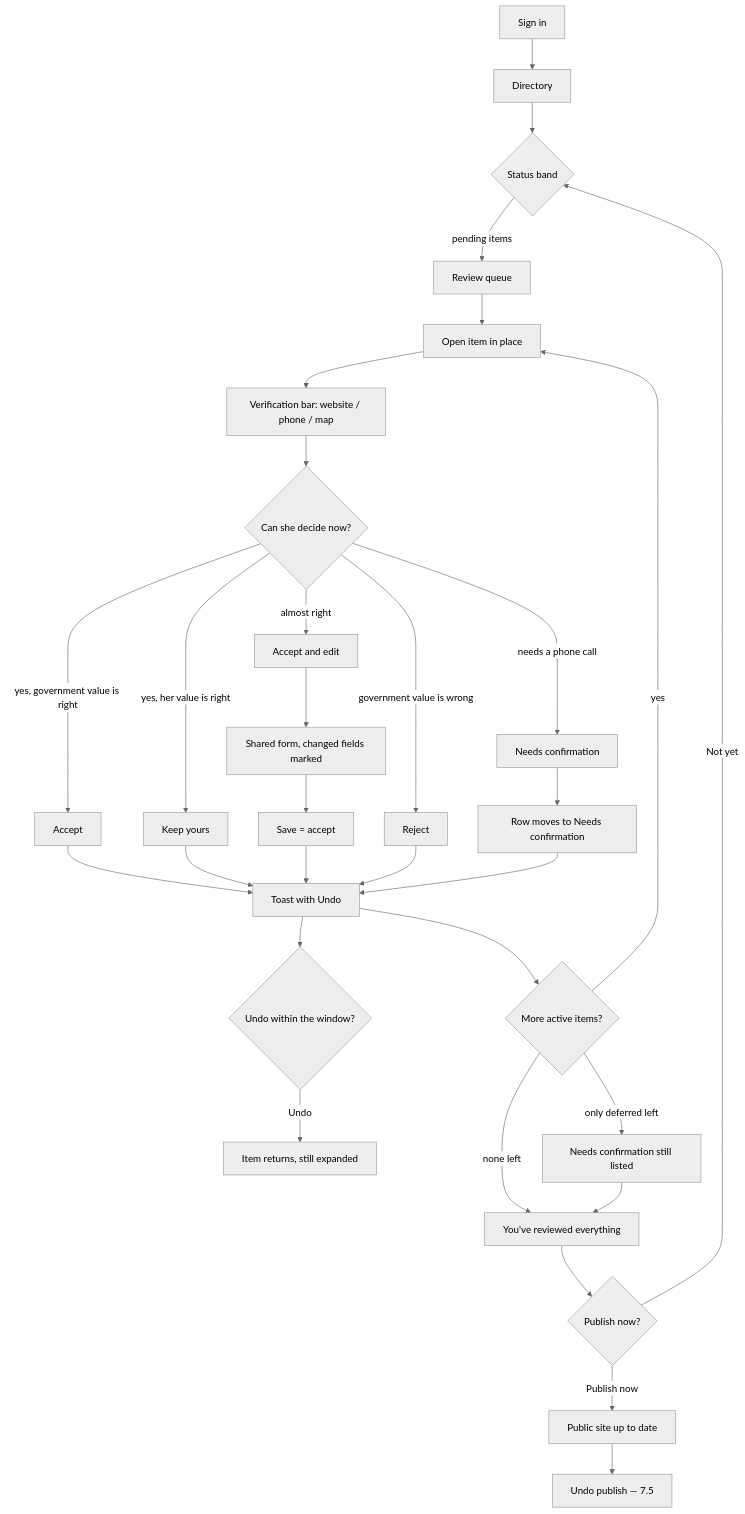
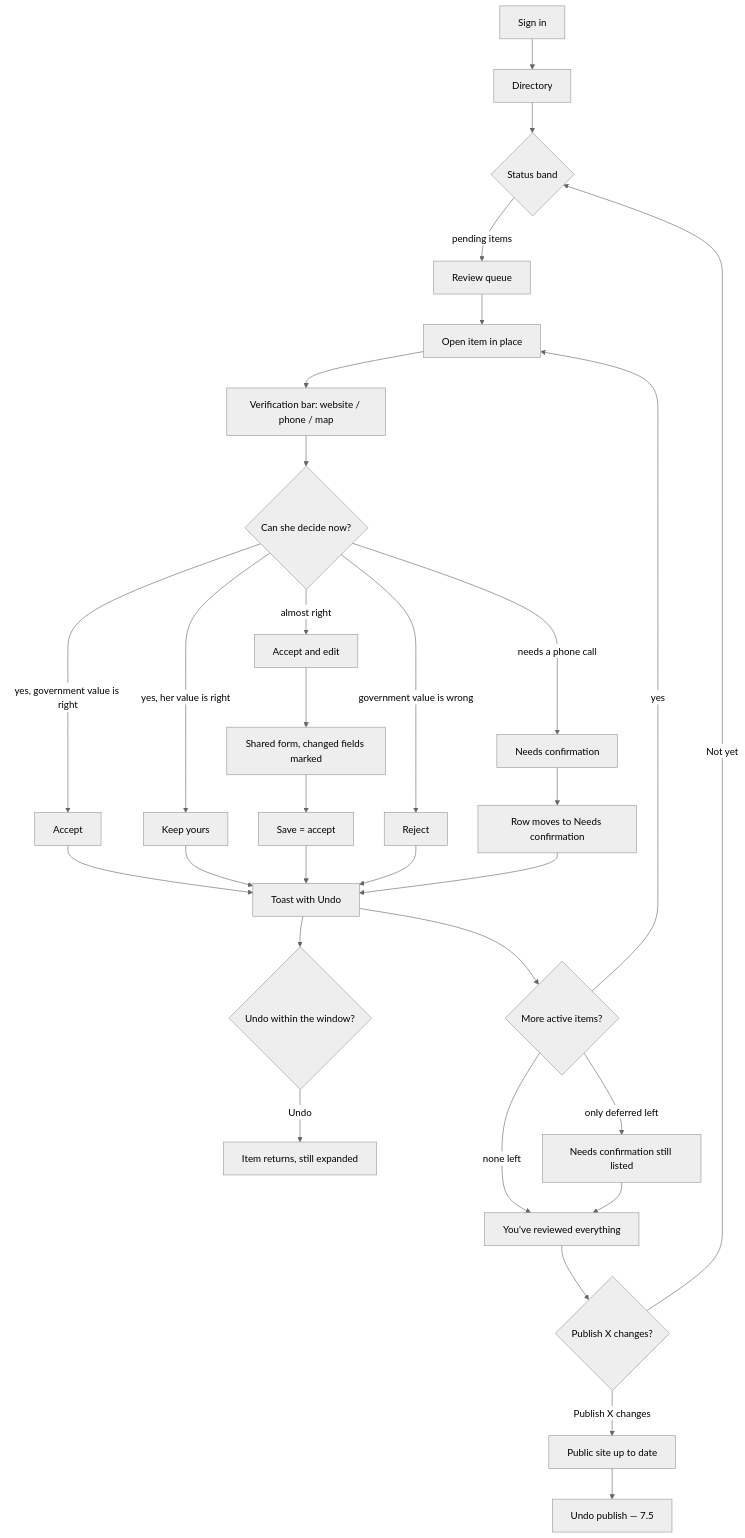
Before and after one commit to irab/porirua-locality-preview: the first of 4 diagrams in docs/design/editor-interface-design.md, drawn with Mermaid (neutral theme). The commit also changed other lines of this file and 41 other files, not shown here.

````diff
--- a/docs/design/editor-interface-design.md
+++ b/docs/design/editor-interface-design.md
@@ -378,30 +382,30 @@
 ```mermaid
 flowchart TD
   signin[Sign in] --> land[Directory]
   land --> band{Status band}
   band -->|pending items| queue[Review queue]
   queue --> open[Open item in place]
   open --> verify[Verification bar: website / phone / map]
   verify --> decide{Can she decide now?}
   decide -->|yes, government value is right| accept[Accept]
   decide -->|yes, her value is right| keep[Keep yours]
   decide -->|almost right| correct[Accept and edit]
   decide -->|government value is wrong| decline[Reject]
   decide -->|needs a phone call| defer[Needs confirmation]
   accept --> toast[Toast with Undo]
   keep --> toast
   correct --> form[Shared form, changed fields marked] --> saveAccept[Save = accept] --> toast
   decline --> toast
   defer --> deferred[Row moves to Needs confirmation] --> toast
   toast --> undo{Undo within the window?}
   undo -->|Undo| restore[Item returns, still expanded]
   toast --> next{More active items?}
   next -->|yes| open
   next -->|only deferred left| later[Needs confirmation still listed]
   next -->|none left| finish[You've reviewed everything]
   later --> finish
-  finish --> pub{Publish now?}
-  pub -->|Publish now| live[Public site up to date]
+  finish --> pub{Publish X changes?}
+  pub -->|Publish X changes| live[Public site up to date]
   pub -->|Not yet| band
   live --> undoPub[Undo publish — 7.5]
 ```
````
